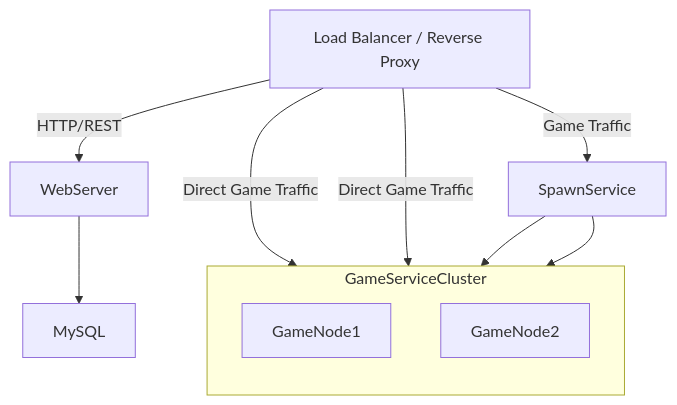
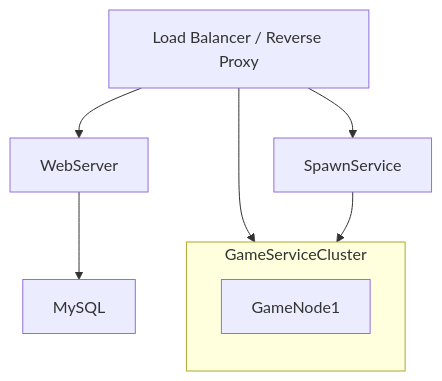
Before and after one commit to Francesco-Barcherini/distributed_betting_system: the diagram in README.md, drawn with Mermaid.

Commit message:
:fire: added system architecture

````diff
--- a/README.md
+++ b/README.md
@@ -14,29 +14,25 @@
 ```mermaid
 graph TD
     %% ===== Livello 1: Load Balancer =====
     LB[Load Balancer / Reverse Proxy]
 
     %% ===== Livello 2: Servizi affiancati =====
     WS[WebServer]
     SPAWN[SpawnService]
 
-    %% ===== Livello 2/3: Game Cluster =====
+    %% ===== Livello 3: Game Cluster =====
     subgraph GAME_CLUSTER[GameServiceCluster]
         direction TB
         NODE1[GameNode1]
-        NODE2[GameNode2]
     end
 
     %% ===== Livello 3: Database =====
     SQL[MySQL]
 
     %% ===== Collegamenti =====
-    LB -->|HTTP/REST| WS
-    LB -->|Game Traffic| SPAWN
-    LB -->|Direct Game Traffic| NODE1
-    LB -->|Direct Game Traffic| NODE2
-    SPAWN --> NODE1
-    SPAWN --> NODE2
+    LB --> WS
+    LB --> SPAWN
+    LB --> GAME_CLUSTER
+    SPAWN --> GAME_CLUSTER
     WS --> SQL
-
 ```
````
